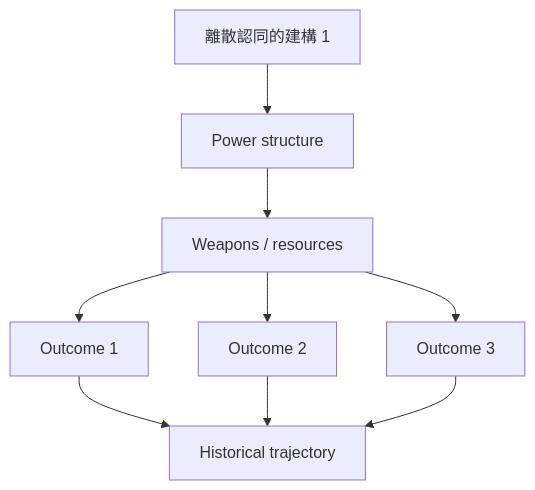
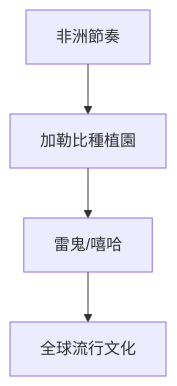
The fourth of 10 diagrams in 02_Harvard_Courses/Fall_Courses/Hist62_African_Diaspora.md (yip-lgtm/HKU-Harvard-History-Self-Study), drawn with Mermaid before and after one commit. The commit also changed other lines of this file and 15 other files, not shown here.

````diff
--- a/02_Harvard_Courses/Fall_Courses/Hist62_African_Diaspora.md
+++ b/02_Harvard_Courses/Fall_Courses/Hist62_African_Diaspora.md
@@ -224,11 +162,6 @@
 ```mermaid
 graph TD
-    A[離散認同的建構 1] --> B[Power structure]
-    B --> C[Weapons / resources]
-    C --> D[Outcome 1]
-    C --> E[Outcome 2]
-    C --> F[Outcome 3]
-    D --> G[Historical trajectory]
-    E --> G
-    F --> G
+    A[非洲節奏] --> B[加勒比種植園]
+    B --> C[雷鬼/嘻哈]
+    C --> D[全球流行文化]
 ```
````
